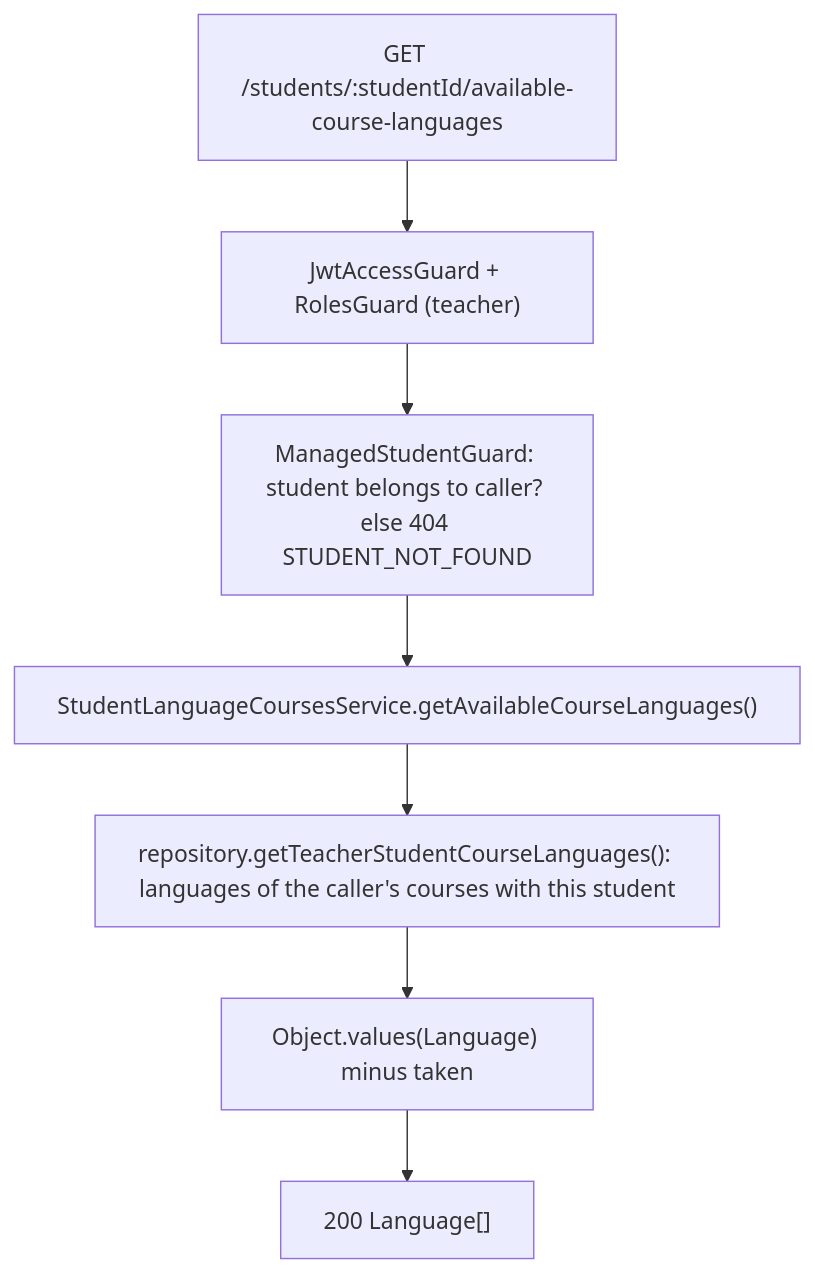
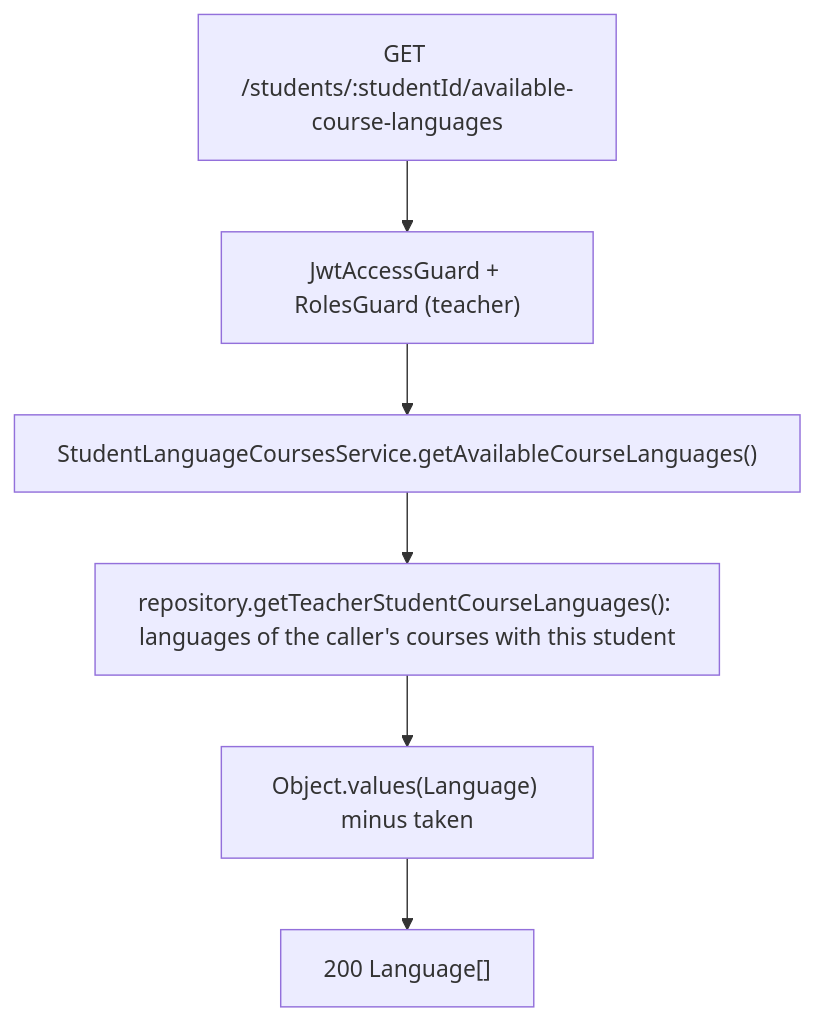
Before and after one commit to KaterynaKocheharova/Practice-app: the second of 4 diagrams in back/docs/students/language-course-endpoints.md, drawn with Mermaid. The commit also changed other lines of this file and 53 other files, not shown here.

````diff
--- a/back/docs/students/language-course-endpoints.md
+++ b/back/docs/students/language-course-endpoints.md
@@ -49,9 +50,8 @@
 ```mermaid
 flowchart TD
   Request["GET /students/:studentId/available-course-languages"] --> Guards["JwtAccessGuard + RolesGuard (teacher)"]
-  Guards --> Access["ManagedStudentGuard: student belongs to caller? else 404 STUDENT_NOT_FOUND"]
-  Access --> Service["StudentLanguageCoursesService.getAvailableCourseLanguages()"]
+  Guards --> Service["StudentLanguageCoursesService.getAvailableCourseLanguages()"]
   Service --> Taken["repository.getTeacherStudentCourseLanguages(): languages of the caller's courses with this student"]
   Taken --> Filter["Object.values(Language) minus taken"]
   Filter --> Response["200 Language[]"]
 ```
````
